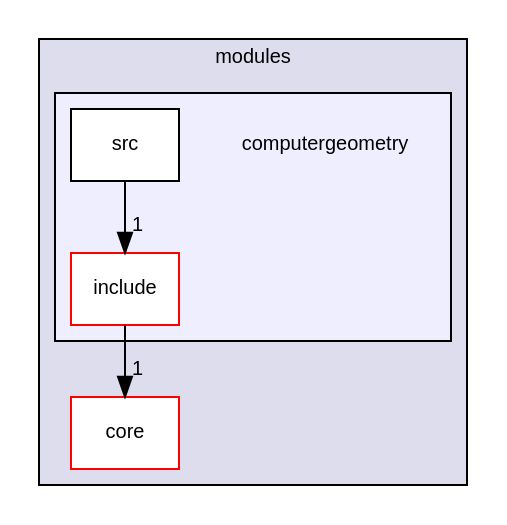
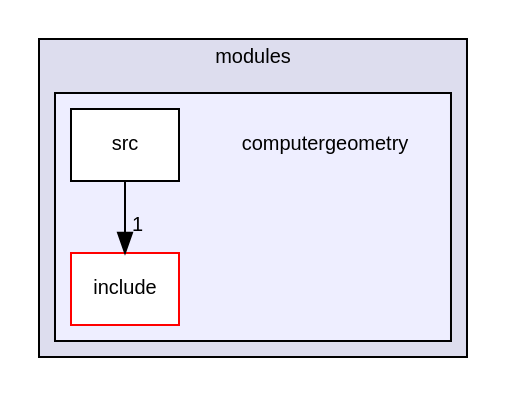
The diagram in docs/dir_a0034a2e1eb347b72447d7288fcbeb40_dep.dot (YuruTu/NANA), drawn with Graphviz before and after one commit. The commit also changed 216 other files, not shown here.

```diff
--- a/docs/dir_a0034a2e1eb347b72447d7288fcbeb40_dep.dot
+++ b/docs/dir_a0034a2e1eb347b72447d7288fcbeb40_dep.dot
@@ -1,17 +1,15 @@
 digraph "NANA/modules/computergeometry" {
   compound=true
   node [ fontsize="10", fontname="Helvetica"];
   edge [ labelfontsize="10", labelfontname="Helvetica"];
   subgraph clusterdir_6b55659ead8ae8e939b199224b5f3833 {
     graph [ bgcolor="#ddddee", pencolor="black", label="modules" fontname="Helvetica", fontsize="10", URL="dir_6b55659ead8ae8e939b199224b5f3833.html"]
-  dir_c3e203e05606b384f5fc9d03652c3ac7 [shape=box label="core" fillcolor="white" style="filled" color="red" URL="dir_c3e203e05606b384f5fc9d03652c3ac7.html"];
   subgraph clusterdir_a0034a2e1eb347b72447d7288fcbeb40 {
     graph [ bgcolor="#eeeeff", pencolor="black", label="" URL="dir_a0034a2e1eb347b72447d7288fcbeb40.html"];
     dir_a0034a2e1eb347b72447d7288fcbeb40 [shape=plaintext label="computergeometry"];
   dir_fb7eaad88856202e42e495fe4c640ce2 [shape=box label="include" fillcolor="white" style="filled" color="red" URL="dir_fb7eaad88856202e42e495fe4c640ce2.html"];
   dir_54a89cde1f82f14264c816851d14f774 [shape=box label="src" fillcolor="white" style="filled" URL="dir_54a89cde1f82f14264c816851d14f774.html"];
   }
   }
   dir_54a89cde1f82f14264c816851d14f774->dir_fb7eaad88856202e42e495fe4c640ce2 [headlabel="1", labeldistance=1.5 headhref="dir_000005_000003.html"];
-  dir_fb7eaad88856202e42e495fe4c640ce2->dir_c3e203e05606b384f5fc9d03652c3ac7 [headlabel="1", labeldistance=1.5 headhref="dir_000003_000006.html"];
 }
```
